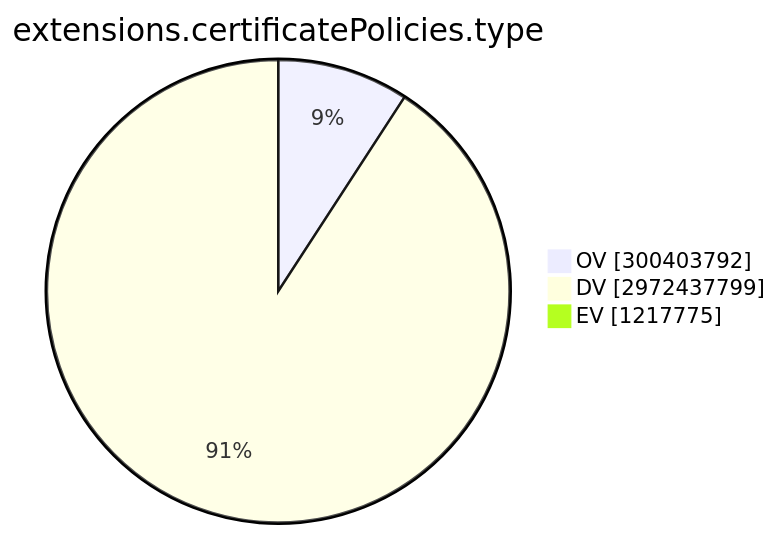
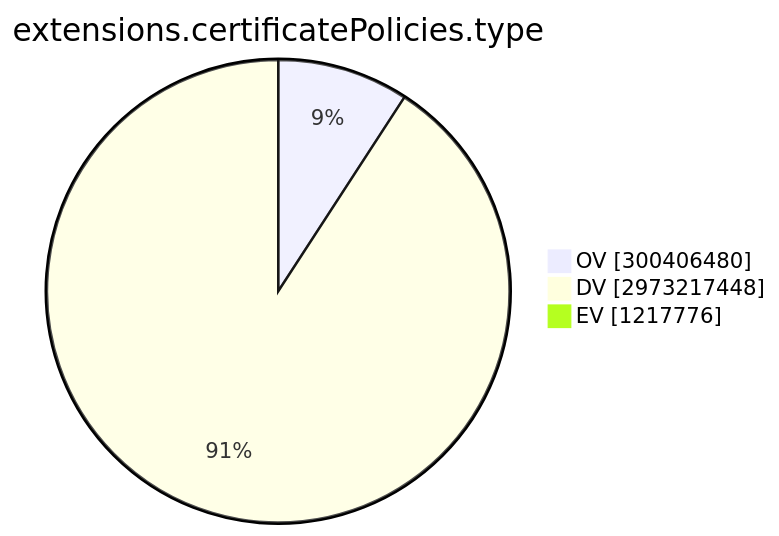
Before and after one commit to christiankrug/ctmonitor_visualization: the ninth of 15 diagrams in TOTAL/README.md, drawn with Mermaid. The commit also changed other lines of this file, not shown here.

````diff
--- a/TOTAL/README.md
+++ b/TOTAL/README.md
@@ -3101,7 +3101,7 @@
 ```mermaid
 pie showData
 title extensions.certificatePolicies.type
-"OV" :300403792
-"DV" :2972437799
-"EV" :1217775
+"OV" :300406480
+"DV" :2973217448
+"EV" :1217776
 ```
````
